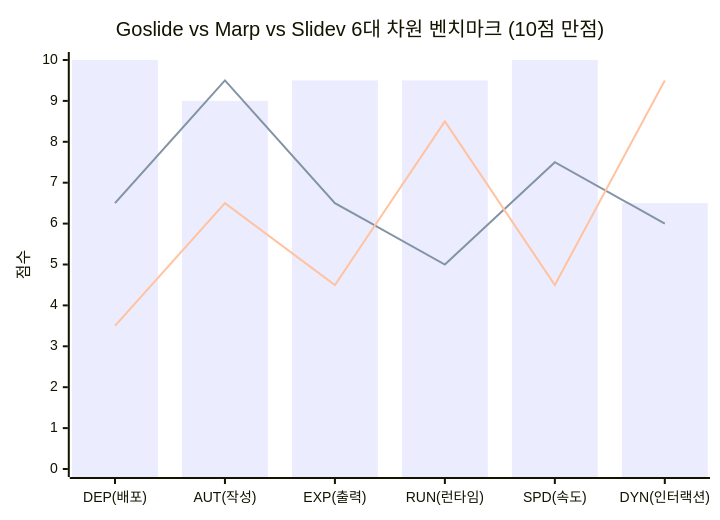
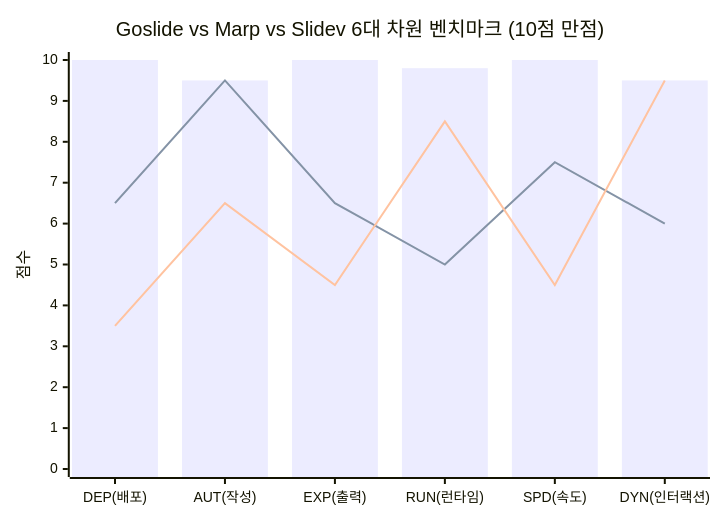
The first of 2 diagrams in docs/competitive-analysis-and-strategy.md (joincdream/goslide), drawn with Mermaid before and after one commit. The commit also changed other lines of this file and 8 other files, not shown here.

First line of the commit message:
docs: add cognitive complexity & well-architected reports and refactor transformAlerts

````diff
--- a/docs/competitive-analysis-and-strategy.md
+++ b/docs/competitive-analysis-and-strategy.md
@@ -33,9 +36,9 @@
 ```mermaid
 xychart-beta
     title "Goslide vs Marp vs Slidev 6대 차원 벤치마크 (10점 만점)"
     x-axis ["DEP(배포)", "AUT(작성)", "EXP(출력)", "RUN(런타임)", "SPD(속도)", "DYN(인터랙션)"]
     y-axis "점수" 0 --> 10
-    bar [10.0, 9.0, 9.5, 9.5, 10.0, 6.5]
+    bar [10.0, 9.5, 10.0, 9.8, 10.0, 9.5]
     line [6.5, 9.5, 6.5, 5.0, 7.5, 6.0]
     line [3.5, 6.5, 4.5, 8.5, 4.5, 9.5]
 ```
````
